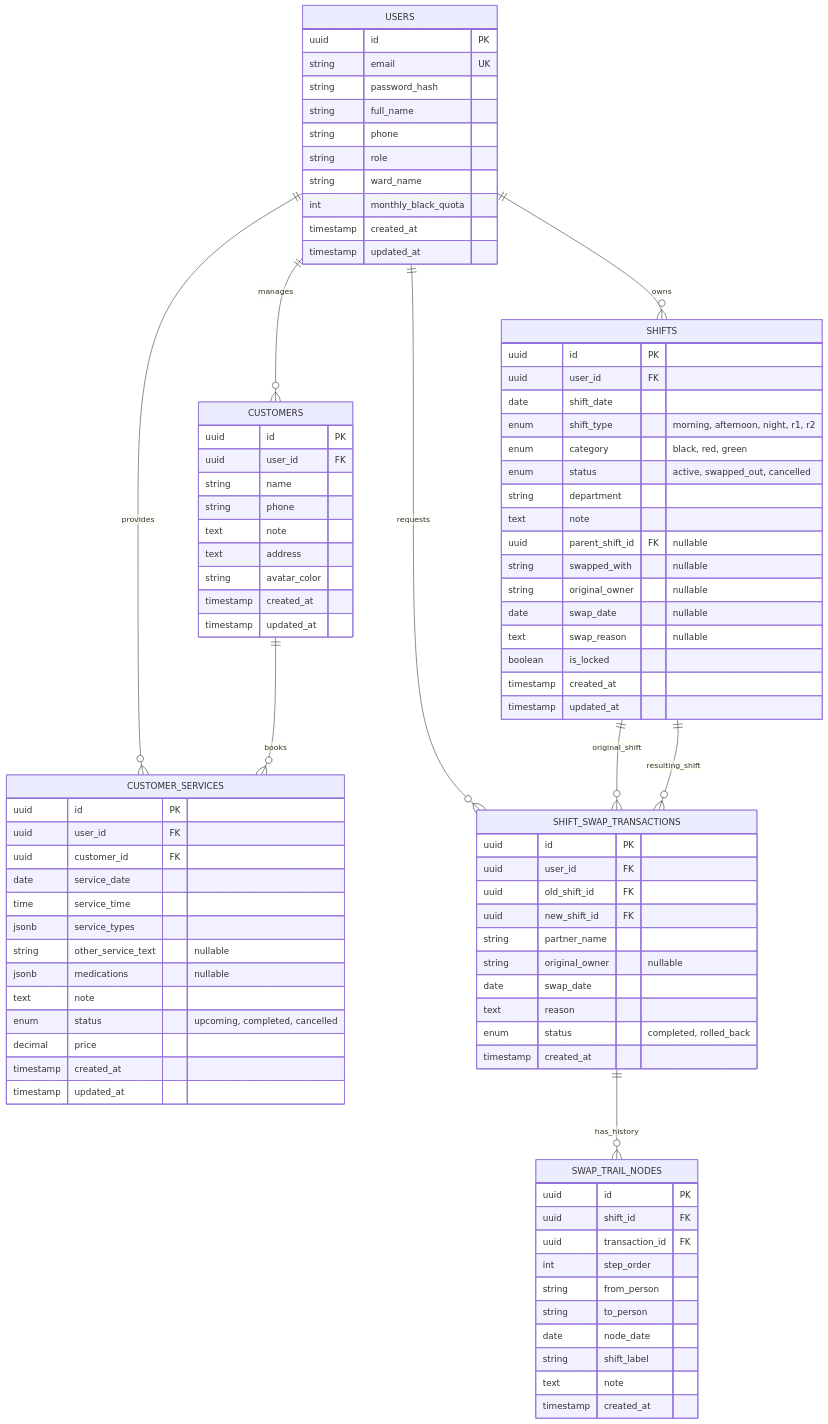
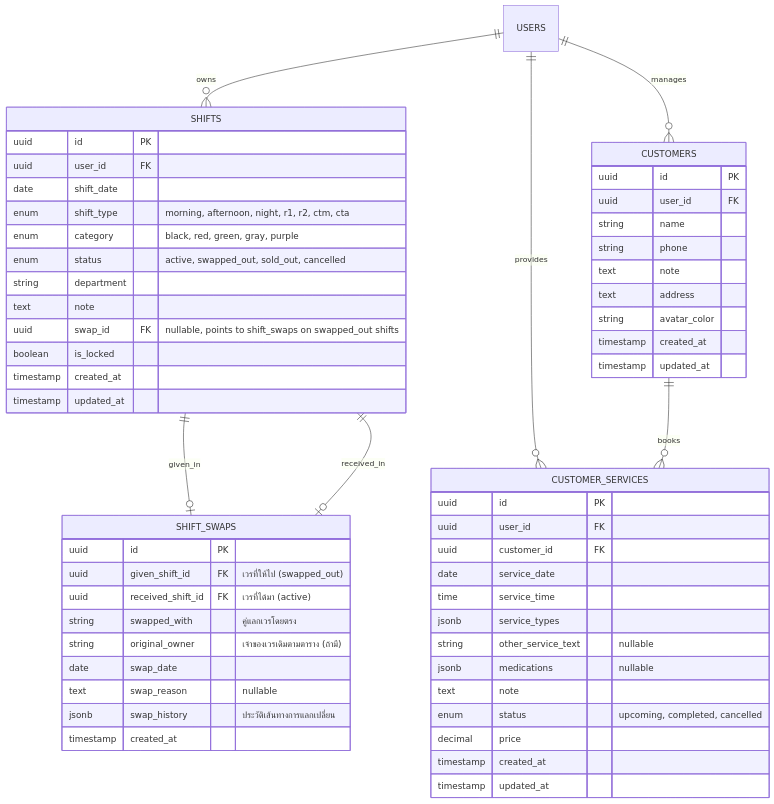
Before and after one commit to pcsgtg178/ven-dee-app: the second of 3 diagrams in docs/SYSTEM_DESIGN.md, drawn with Mermaid. The commit also changed 40 other files, not shown here.

```diff
--- a/docs/SYSTEM_DESIGN.md
+++ b/docs/SYSTEM_DESIGN.md
@@ -89,70 +89,35 @@
     USERS ||--o{ SHIFTS : "owns"
     USERS ||--o{ CUSTOMERS : "manages"
     USERS ||--o{ CUSTOMER_SERVICES : "provides"
-    USERS ||--o{ SHIFT_SWAP_TRANSACTIONS : "requests"
-    
-    SHIFTS ||--o{ SHIFT_SWAP_TRANSACTIONS : "original_shift"
-    SHIFTS ||--o{ SHIFT_SWAP_TRANSACTIONS : "resulting_shift"
-    
-    SHIFT_SWAP_TRANSACTIONS ||--o{ SWAP_TRAIL_NODES : "has_history"
+    SHIFTS ||--o| SHIFT_SWAPS : "given_in"
+    SHIFTS ||--o| SHIFT_SWAPS : "received_in"
     
     CUSTOMERS ||--o{ CUSTOMER_SERVICES : "books"
-
-    USERS {
-        uuid id PK
-        string email UK
-        string password_hash
-        string full_name
-        string phone
-        string role
-        string ward_name
-        int monthly_black_quota
-        timestamp created_at
-        timestamp updated_at
-    }
 
     SHIFTS {
         uuid id PK
         uuid user_id FK
         date shift_date
-        enum shift_type "morning, afternoon, night, r1, r2"
-        enum category "black, red, green"
-        enum status "active, swapped_out, cancelled"
+        enum shift_type "morning, afternoon, night, r1, r2, ctm, cta"
+        enum category "black, red, green, gray, purple"
+        enum status "active, swapped_out, sold_out, cancelled"
         string department
         text note
-        uuid parent_shift_id FK "nullable"
-        string swapped_with "nullable"
-        string original_owner "nullable"
-        date swap_date "nullable"
-        text swap_reason "nullable"
+        uuid swap_id FK "nullable, points to shift_swaps on swapped_out shifts"
         boolean is_locked
         timestamp created_at
         timestamp updated_at
     }
 
-    SHIFT_SWAP_TRANSACTIONS {
+    SHIFT_SWAPS {
         uuid id PK
-        uuid user_id FK
-        uuid old_shift_id FK
-        uuid new_shift_id FK
-        string partner_name
-        string original_owner "nullable"
+        uuid given_shift_id FK "เวรที่ให้ไป (swapped_out)"
+        uuid received_shift_id FK "เวรที่ได้มา (active)"
+        string swapped_with "คู่แลกเวรโดยตรง"
+        string original_owner "เจ้าของเวรเดิมตามตาราง (ถ้ามี)"
         date swap_date
-        text reason
-        enum status "completed, rolled_back"
-        timestamp created_at
-    }
-
-    SWAP_TRAIL_NODES {
-        uuid id PK
-        uuid shift_id FK
-        uuid transaction_id FK
-        int step_order
-        string from_person
-        string to_person
-        date node_date
-        string shift_label
-        text note
+        text swap_reason "nullable"
+        jsonb swap_history "ประวัติเส้นทางการแลกเปลี่ยน"
         timestamp created_at
     }
 
```
